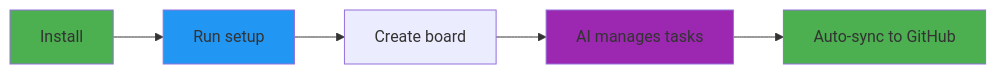
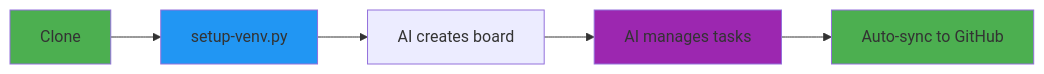
The first of 2 diagrams in README.md (earlyprototype/kanbanger), drawn with Mermaid before and after one commit. The commit also changed other lines of this file and 3 other files, not shown here.

First line of the commit message:
docs: replace deprecated Cursor wizard refs with current setup-venv.py flow

````diff
--- a/README.md
+++ b/README.md
@@ -18,12 +18,12 @@
 ```mermaid
 graph LR
-    A[Install] --> B[Run setup]
-    B --> C[Create board]
+    A[Clone] --> B[setup-venv.py]
+    B --> C[AI creates board]
     C --> D[AI manages tasks]
     D --> E[Auto-sync to GitHub]
     
     style A fill:#4CAF50
     style B fill:#2196F3
     style D fill:#9C27B0
     style E fill:#4CAF50
 ```
````
